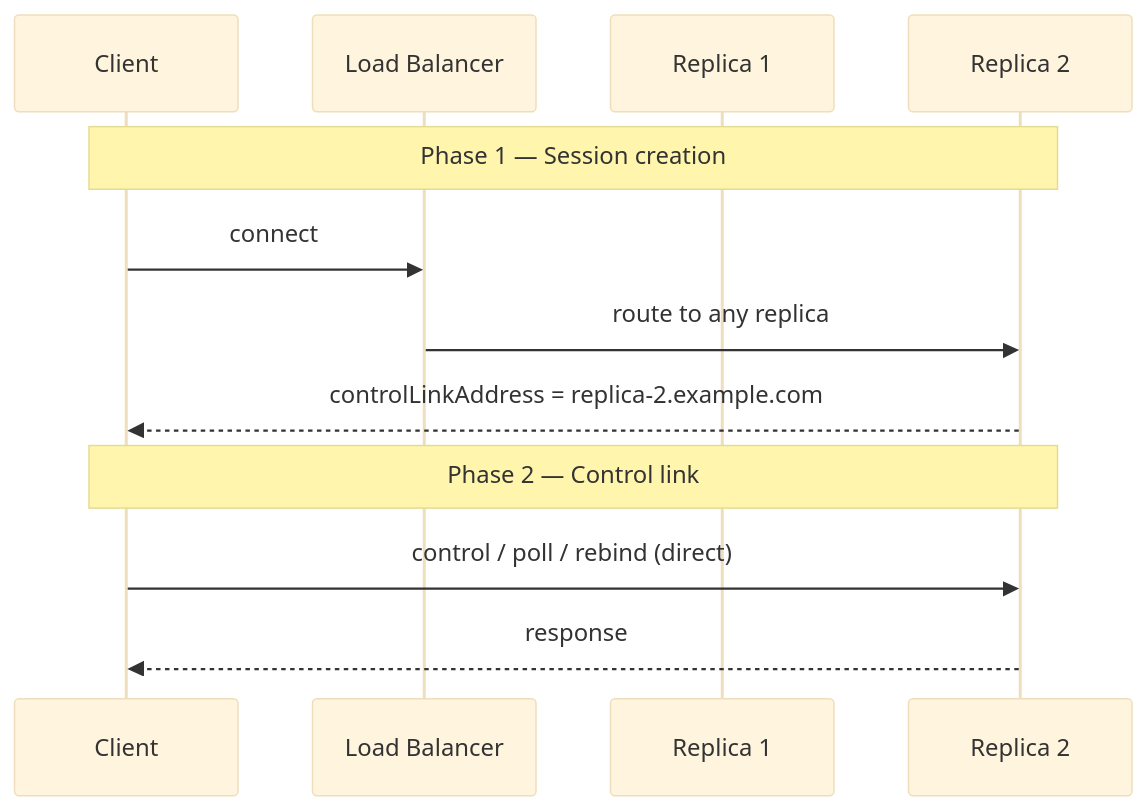
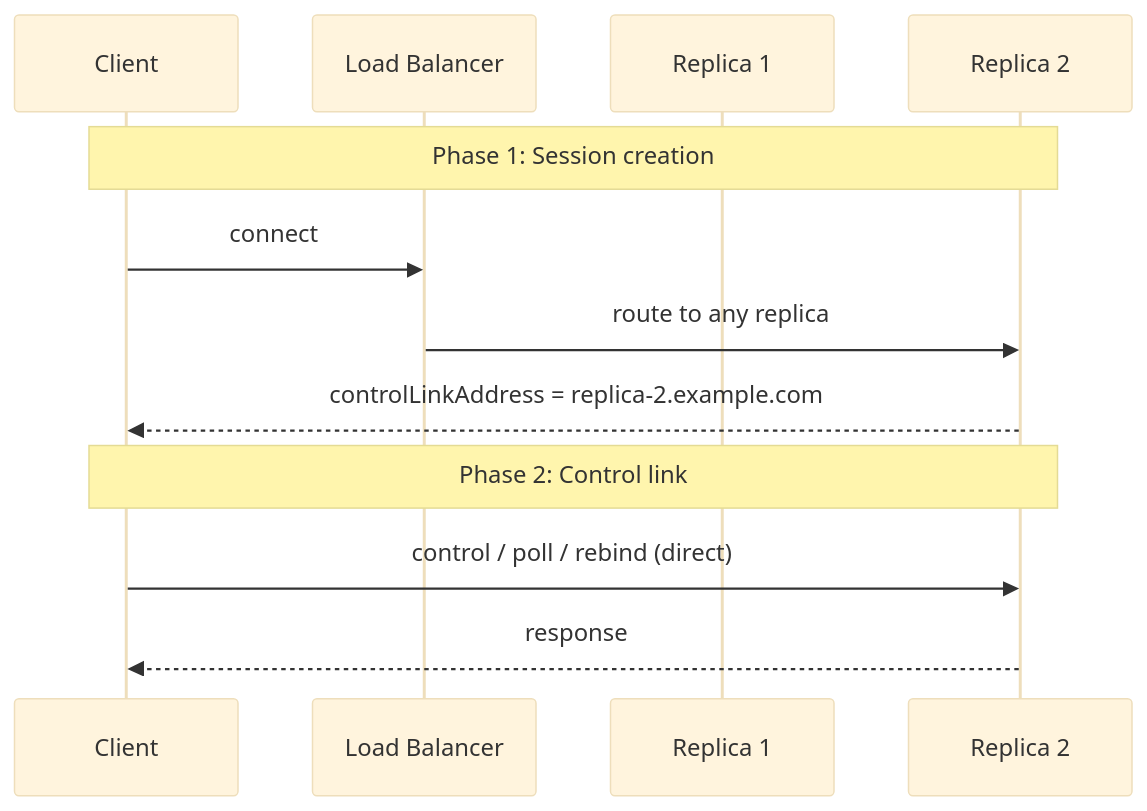
The first of 4 diagrams in DEPLOYMENT.md (Lightstreamer/helm-charts), drawn with Mermaid (base theme) before and after one commit. The commit also changed other lines of this file, not shown here.

````diff
--- a/DEPLOYMENT.md
+++ b/DEPLOYMENT.md
@@ -1578,16 +1577,16 @@
 ```mermaid
 sequenceDiagram
     participant C as Client
     participant LB as Load Balancer
     participant R1 as Replica 1
     participant R2 as Replica 2
 
-    Note over C,R2: Phase 1 — Session creation
+    Note over C,R2: Phase 1: Session creation
     C->>LB: connect
     LB->>R2: route to any replica
     R2-->>C: controlLinkAddress = replica-2.example.com
 
-    Note over C,R2: Phase 2 — Control link
+    Note over C,R2: Phase 2: Control link
     C->>R2: control / poll / rebind (direct)
     R2-->>C: response
 ```
````
